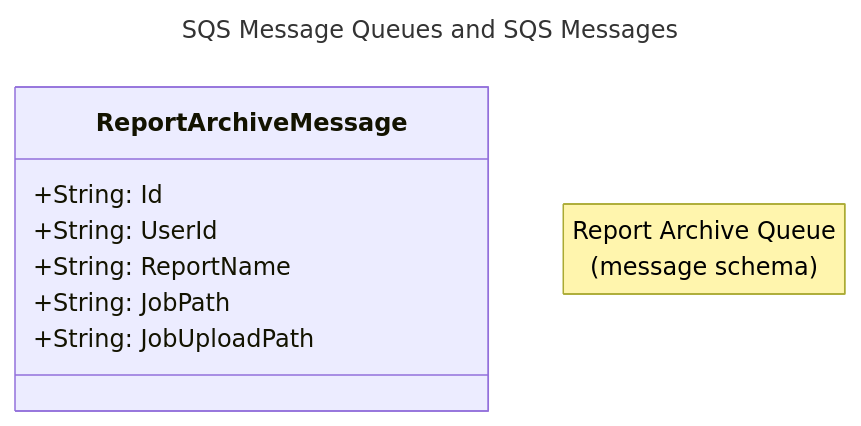
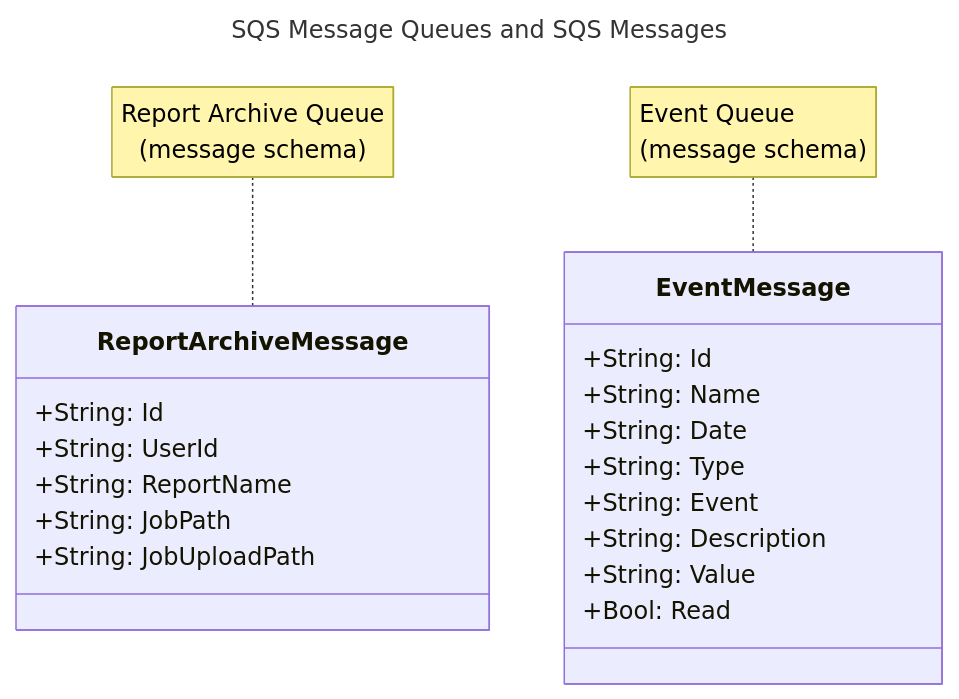
The first of 2 diagrams in docs/DIAGRAMS.md (darrylmorton/ct-iot-things-report-archive-service), drawn with Mermaid before and after one commit. The commit also changed other lines of this file and 13 other files, not shown here.

````diff
--- a/docs/DIAGRAMS.md
+++ b/docs/DIAGRAMS.md
@@ -1,18 +1,33 @@
 ```mermaid
 ---
 title: SQS Message Queues and SQS Messages
 ---
 
 classDiagram
     class ReportArchiveMessage {
         +String: Id
         +String: UserId
         +String: ReportName
         +String: JobPath
         +String: JobUploadPath
     }
     
-    note for ReportArchiveJobMessage "Report Archive Queue
+    note for ReportArchiveMessage "Report Archive Queue
+    
+    (message schema)"
+
+    class EventMessage {
+        +String: Id
+        +String: Name
+        +String: Date
+        +String: Type
+        +String: Event
+        +String: Description
+        +String: Value
+        +Bool: Read 
+    }
+    
+    note for EventMessage "Event Queue
     
     (message schema)"
 ```
````
